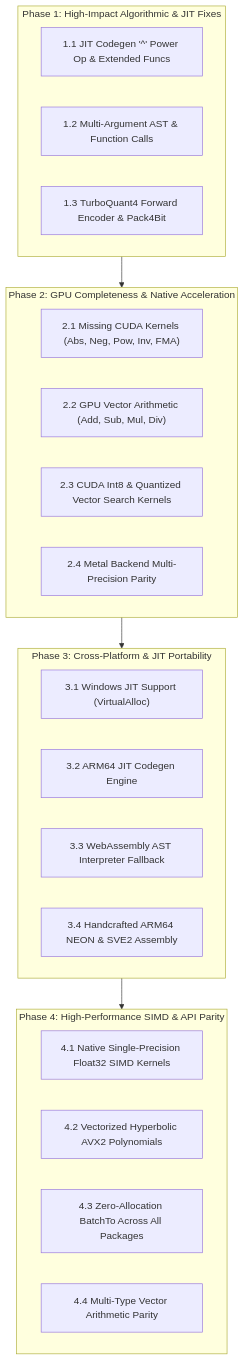
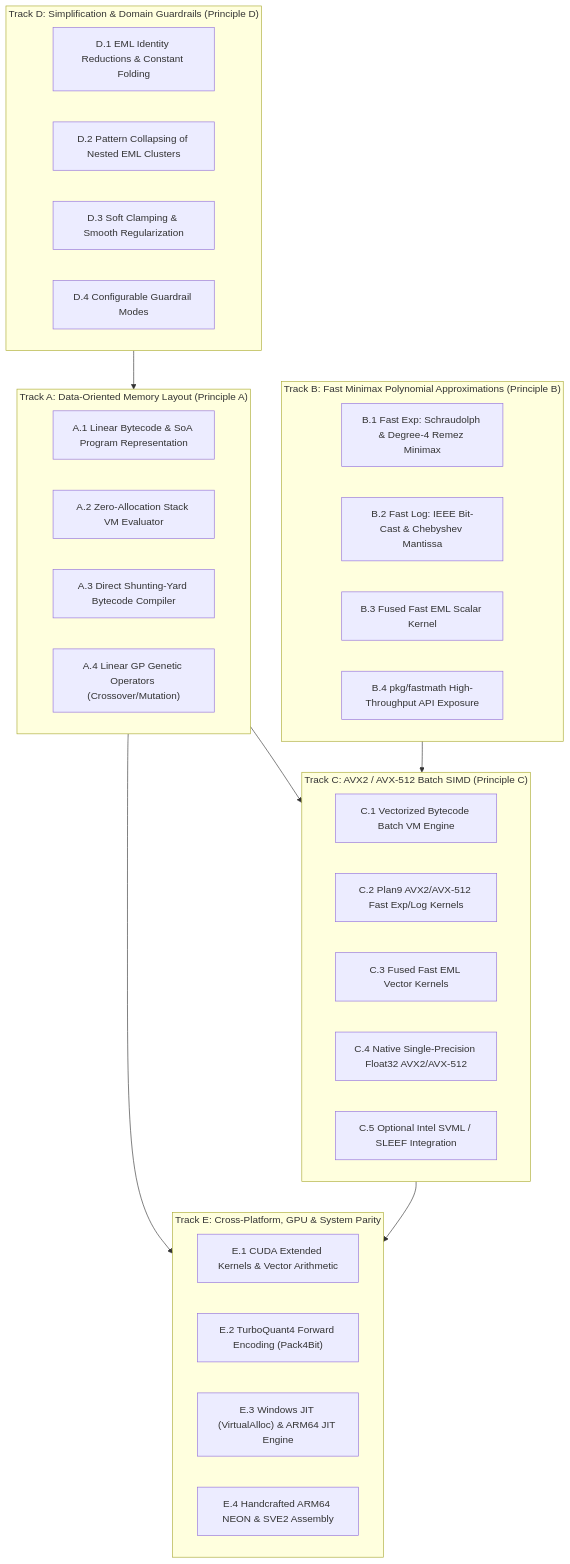
One commit to 23skdu/emlgo changed the diagram in docs/nextsteps.md. Above: the diagram before and after it, drawn with Mermaid. The commit also changed other lines of this file and 27 other files, not shown here.

Commit message:
feat: implement data-oriented linear bytecode SoA VM, fast minimax math, SIMD batching, and domain guardrails

````diff
--- a/docs/nextsteps.md
+++ b/docs/nextsteps.md
@@ -87,33 +45,44 @@
 ```mermaid
 flowchart TD
-    subgraph Phase1["Phase 1: High-Impact Algorithmic & JIT Fixes"]
-        P1_1["1.1 JIT Codegen '^' Power Op & Extended Funcs"]
-        P1_2["1.2 Multi-Argument AST & Function Calls"]
-        P1_3["1.3 TurboQuant4 Forward Encoder & Pack4Bit"]
+    subgraph TrackA["Track A: Data-Oriented Memory Layout (Principle A)"]
+        A1["A.1 Linear Bytecode & SoA Program Representation"]
+        A2["A.2 Zero-Allocation Stack VM Evaluator"]
+        A3["A.3 Direct Shunting-Yard Bytecode Compiler"]
+        A4["A.4 Linear GP Genetic Operators (Crossover/Mutation)"]
     end
 
-    subgraph Phase2["Phase 2: GPU Completeness & Native Acceleration"]
-        P2_1["2.1 Missing CUDA Kernels (Abs, Neg, Pow, Inv, FMA)"]
-        P2_2["2.2 GPU Vector Arithmetic (Add, Sub, Mul, Div)"]
-        P2_3["2.3 CUDA Int8 & Quantized Vector Search Kernels"]
-        P2_4["2.4 Metal Backend Multi-Precision Parity"]
+    subgraph TrackB["Track B: Fast Minimax Polynomial Approximations (Principle B)"]
+        B1["B.1 Fast Exp: Schraudolph & Degree-4 Remez Minimax"]
+        B2["B.2 Fast Log: IEEE Bit-Cast & Chebyshev Mantissa"]
+        B3["B.3 Fused Fast EML Scalar Kernel"]
+        B4["B.4 pkg/fastmath High-Throughput API Exposure"]
     end
 
-    subgraph Phase3["Phase 3: Cross-Platform & JIT Portability"]
-        P3_1["3.1 Windows JIT Support (VirtualAlloc)"]
-        P3_2["3.2 ARM64 JIT Codegen Engine"]
-        P3_3["3.3 WebAssembly AST Interpreter Fallback"]
-        P3_4["3.4 Handcrafted ARM64 NEON & SVE2 Assembly"]
+    subgraph TrackC["Track C: AVX2 / AVX-512 Batch SIMD (Principle C)"]
+        C1["C.1 Vectorized Bytecode Batch VM Engine"]
+        C2["C.2 Plan9 AVX2/AVX-512 Fast Exp/Log Kernels"]
+        C3["C.3 Fused Fast EML Vector Kernels"]
+        C4["C.4 Native Single-Precision Float32 AVX2/AVX-512"]
+        C5["C.5 Optional Intel SVML / SLEEF Integration"]
     end
 
-    subgraph Phase4["Phase 4: High-Performance SIMD & API Parity"]
-        P4_1["4.1 Native Single-Precision Float32 SIMD Kernels"]
-        P4_2["4.2 Vectorized Hyperbolic AVX2 Polynomials"]
-        P4_3["4.3 Zero-Allocation BatchTo Across All Packages"]
-        P4_4["4.4 Multi-Type Vector Arithmetic Parity"]
+    subgraph TrackD["Track D: Simplification & Domain Guardrails (Principle D)"]
+        D1["D.1 EML Identity Reductions & Constant Folding"]
+        D2["D.2 Pattern Collapsing of Nested EML Clusters"]
+        D3["D.3 Soft Clamping & Smooth Regularization"]
+        D4["D.4 Configurable Guardrail Modes"]
     end
 
-    Phase1 --> Phase2
-    Phase2 --> Phase3
-    Phase3 --> Phase4
+    subgraph TrackE["Track E: Cross-Platform, GPU & System Parity"]
+        E1["E.1 CUDA Extended Kernels & Vector Arithmetic"]
+        E2["E.2 TurboQuant4 Forward Encoding (Pack4Bit)"]
+        E3["E.3 Windows JIT (VirtualAlloc) & ARM64 JIT Engine"]
+        E4["E.4 Handcrafted ARM64 NEON & SVE2 Assembly"]
+    end
+
+    TrackA --> TrackC
+    TrackB --> TrackC
+    TrackD --> TrackA
+    TrackA --> TrackE
+    TrackC --> TrackE
 ```
````
